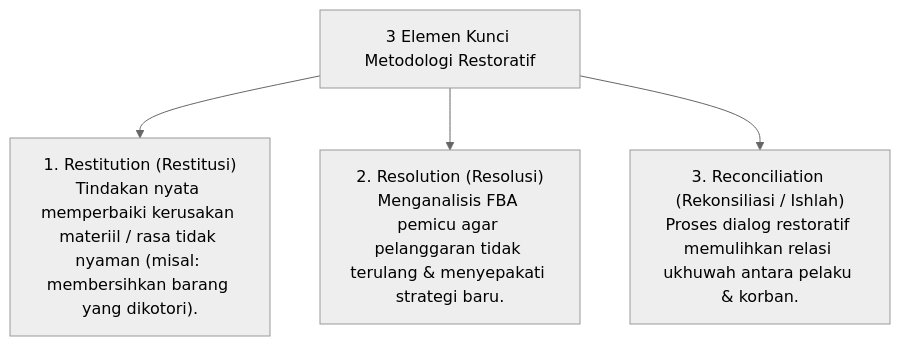
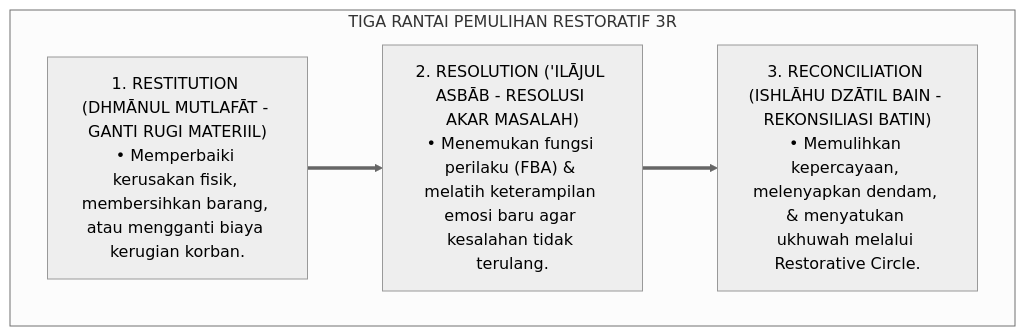
Before and after one commit to wandiapriliyandi/tumbuh: the fifth of 5 diagrams in 06 Intervention Framework/01 Intervention Philosophy/P6-01-02-Metodologi-Restoratif-Restitution-Resolution-Reconciliation.md, drawn with Mermaid (neutral theme). The commit also changed other lines of this file and 5 other files, not shown here.

````diff
--- a/06 Intervention Framework/01 Intervention Philosophy/P6-01-02-Metodologi-Restoratif-Restitution-Resolution-Reconciliation.md
+++ b/06 Intervention Framework/01 Intervention Philosophy/P6-01-02-Metodologi-Restoratif-Restitution-Resolution-Reconciliation.md
@@ -12,7 +150,12 @@
 ```mermaid
-graph TD
-    Rest3R["3 Elemen Kunci Metodologi Restoratif"]
-    Rest3R --> Restitution["1. Restitution (Restitusi)<br/>Tindakan nyata memperbaiki kerusakan materiil / rasa tidak nyaman (misal: membersihkan barang yang dikotori)."]
-    Rest3R --> Resolution["2. Resolution (Resolusi)<br/>Menganalisis FBA pemicu agar pelanggaran tidak terulang & menyepakati strategi baru."]
-    Rest3R --> Reconciliation["3. Reconciliation (Rekonsiliasi / Ishlah)<br/>Proses dialog restoratif memulihkan relasi ukhuwah antara pelaku & korban."]
+flowchart TD
+    subgraph TigaRantaiPemulihanRestoratif["TIGA RANTAI PEMULIHAN RESTORATIF 3R"]
+        R1["1. RESTITUTION (DHMĀNUL MUTLAFĀT - GANTI RUGI MATERIIL)<br/>• Memperbaiki kerusakan fisik, membersihkan barang, atau mengganti biaya kerugian korban."]
+        
+        R2["2. RESOLUTION ('ILĀJUL ASBĀB - RESOLUSI AKAR MASALAH)<br/>• Menemukan fungsi perilaku (FBA) & melatih keterampilan emosi baru agar kesalahan tidak terulang."]
+        
+        R3["3. RECONCILIATION (ISHLĀHU DZĀTIL BAIN - REKONSILIASI BATIN)<br/>• Memulihkan kepercayaan, melenyapkan dendam, & menyatukan ukhuwah melalui Restorative Circle."]
+        
+        R1 ==> R2 ==> R3
+    end
 ```
````
